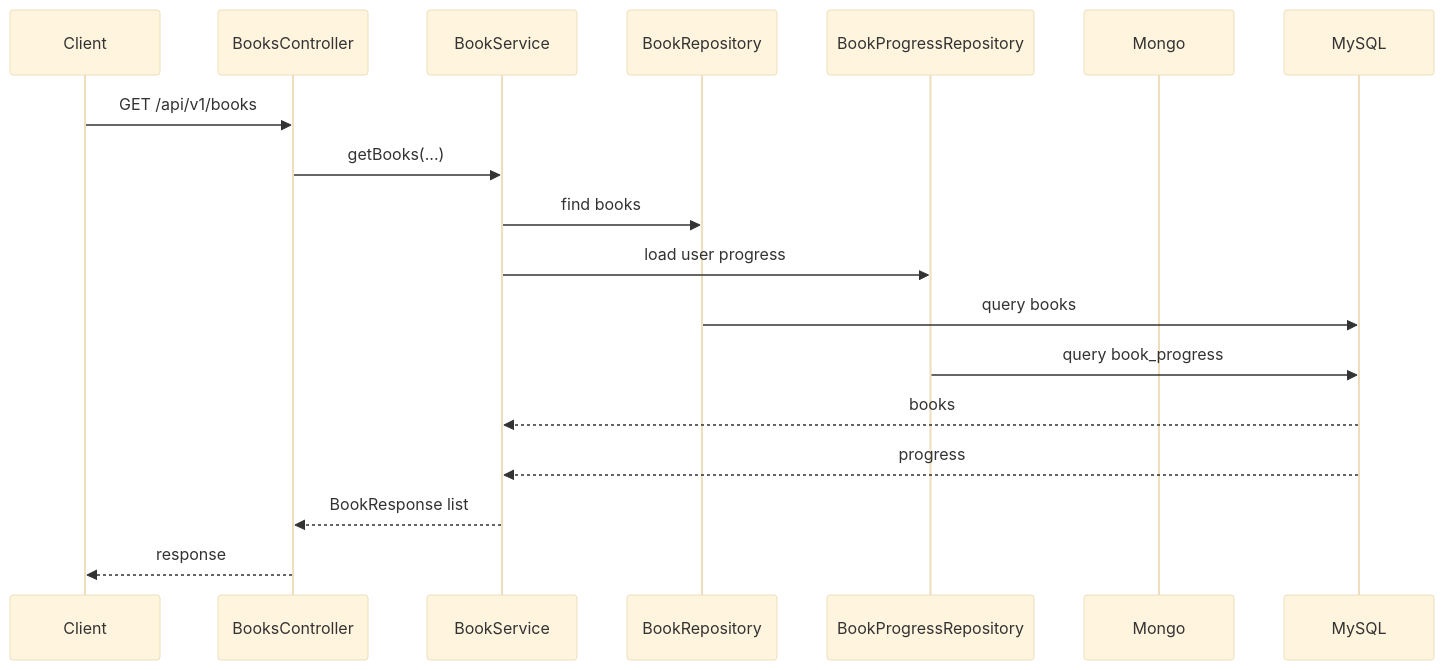
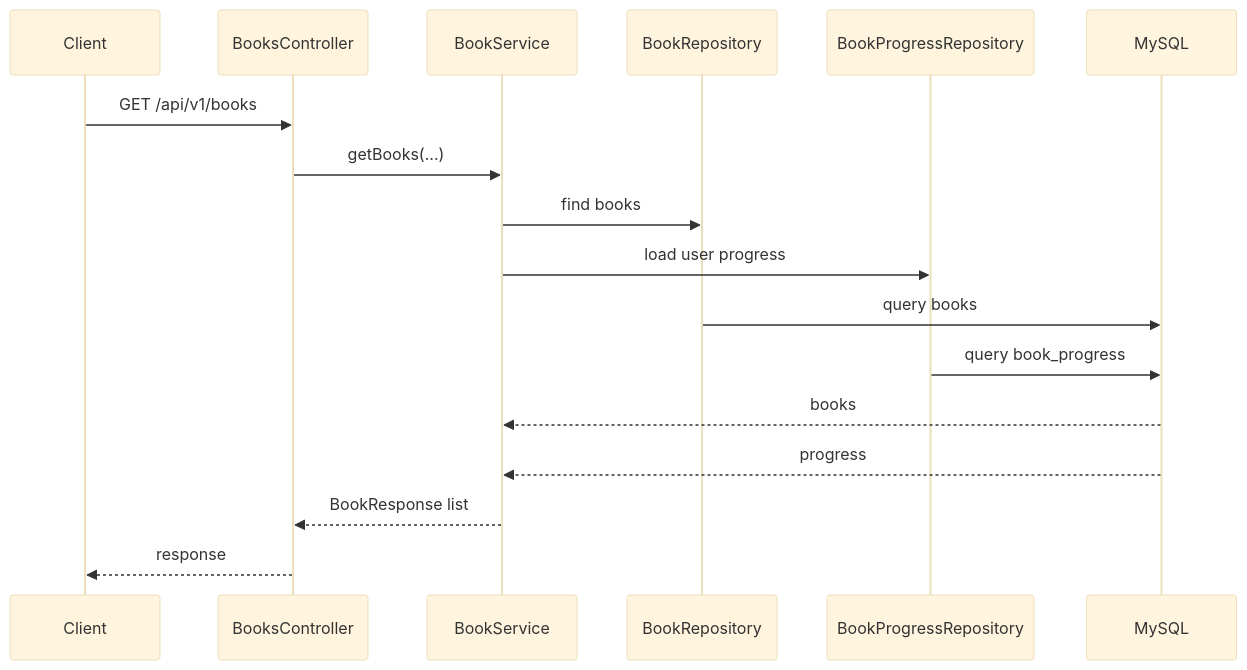
The second of 3 diagrams in docs/architecture/content-book.md (SWM16-ASAP/back-server), drawn with Mermaid (base theme) before and after one commit. The commit also changed other lines of this file and 31 other files, not shown here.

````diff
--- a/docs/architecture/content-book.md
+++ b/docs/architecture/content-book.md
@@ -83,21 +78,20 @@
 ```mermaid
 sequenceDiagram
     participant Client
     participant BooksController
     participant BookService
     participant BookRepository
     participant BookProgressRepository
-    participant Mongo
     participant MySQL
 
     Client->>BooksController: GET /api/v1/books
     BooksController->>BookService: getBooks(...)
     BookService->>BookRepository: find books
     BookService->>BookProgressRepository: load user progress
     BookRepository->>MySQL: query books
     BookProgressRepository->>MySQL: query book_progress
     MySQL-->>BookService: books
     MySQL-->>BookService: progress
     BookService-->>BooksController: BookResponse list
     BooksController-->>Client: response
 ```
````
